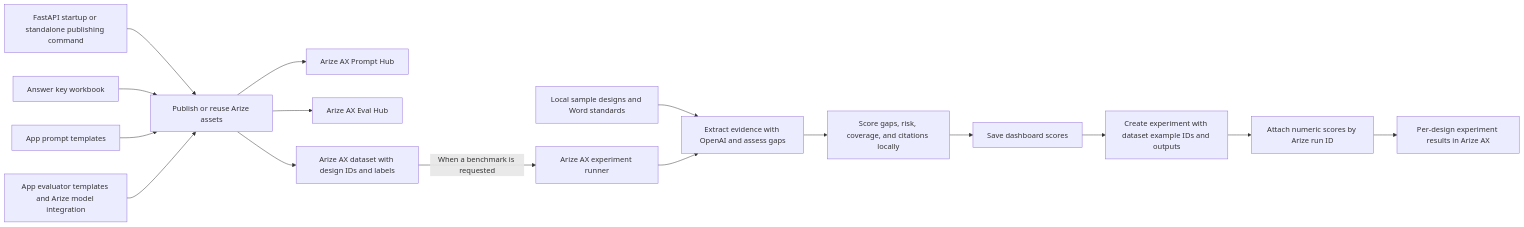
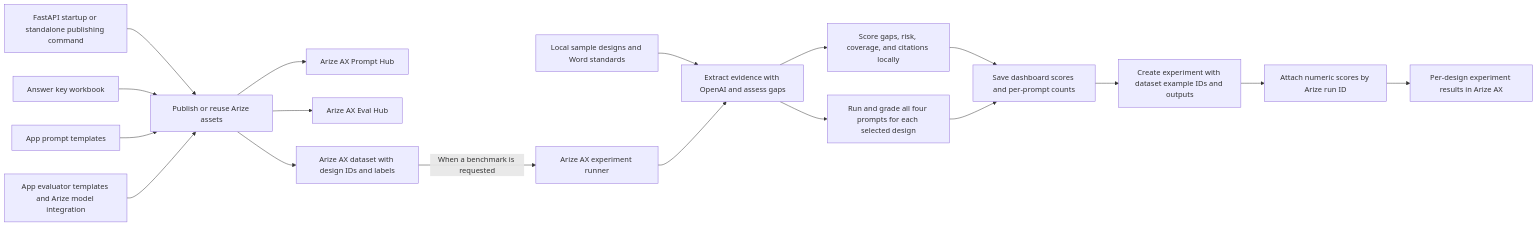
Before and after one commit to girisheduru/archgovasst: the tenth of 13 diagrams in flowdiagrams.md, drawn with Mermaid. The commit also changed 14 other files, not shown here.

````diff
--- a/flowdiagrams.md
+++ b/flowdiagrams.md
@@ -261,18 +261,20 @@
 ```mermaid
 flowchart LR
     Startup["FastAPI startup or standalone publishing command"] --> Publisher
     Workbook["Answer key workbook"] --> Publisher["Publish or reuse Arize assets"]
     Prompts["App prompt templates"] --> Publisher
     Publisher --> Hub["Arize AX Prompt Hub"]
     Rubrics["App evaluator templates and Arize model integration"] --> Publisher
     Publisher --> EvalHub["Arize AX Eval Hub"]
     Publisher --> Dataset["Arize AX dataset with design IDs and labels"]
     Dataset -->|"When a benchmark is requested"| SDK["Arize AX experiment runner"]
     Docs["Local sample designs and Word standards"] --> Review["Extract evidence with OpenAI and assess gaps"]
     SDK --> Review
     Review --> Score["Score gaps, risk, coverage, and citations locally"]
-    Score --> Reports["Save dashboard scores"]
+    Review --> PromptChecks["Run and grade all four prompts for each selected design"]
+    Score --> Reports["Save dashboard scores and per-prompt counts"]
+    PromptChecks --> Reports
     Reports --> Upload["Create experiment with dataset example IDs and outputs"]
     Upload --> Annotate["Attach numeric scores by Arize run ID"]
     Annotate --> AX["Per-design experiment results in Arize AX"]
 ```
````
